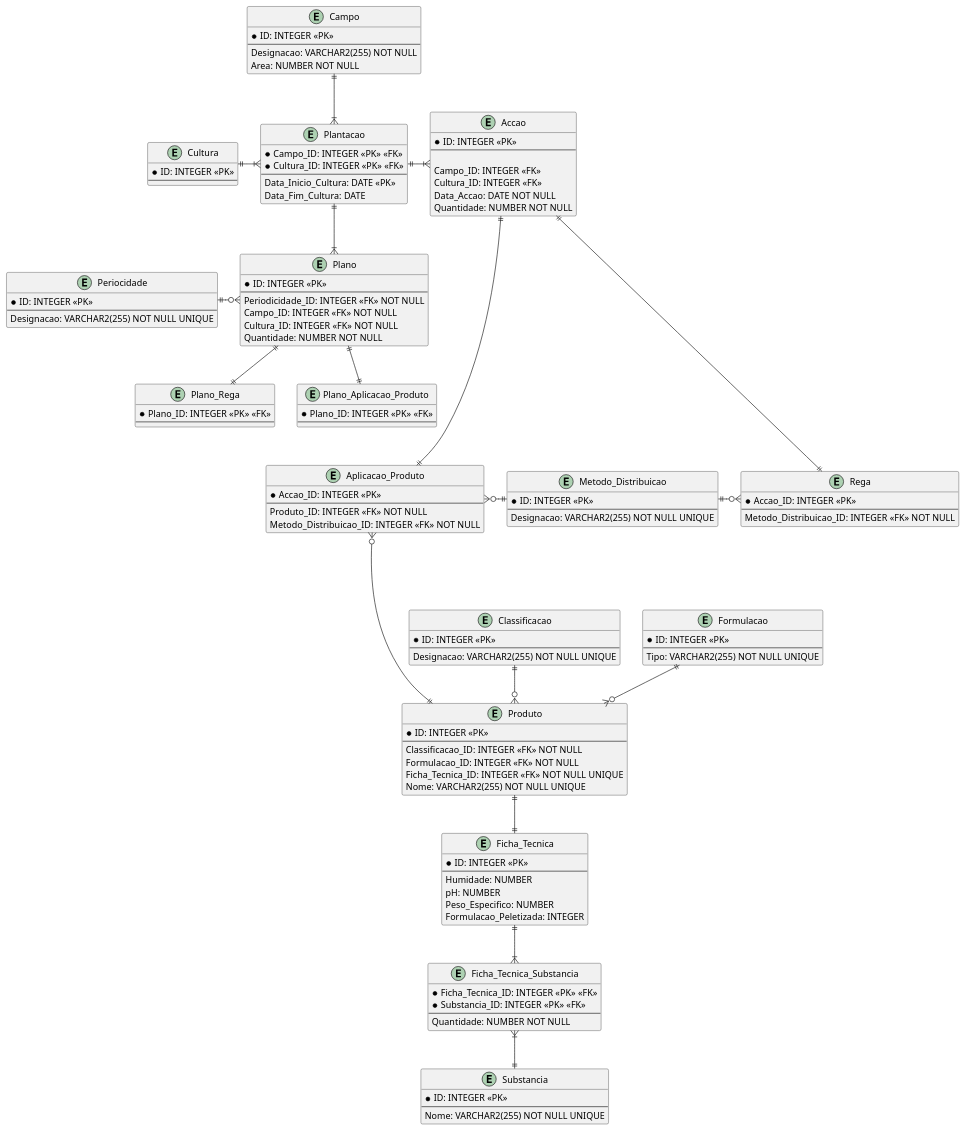
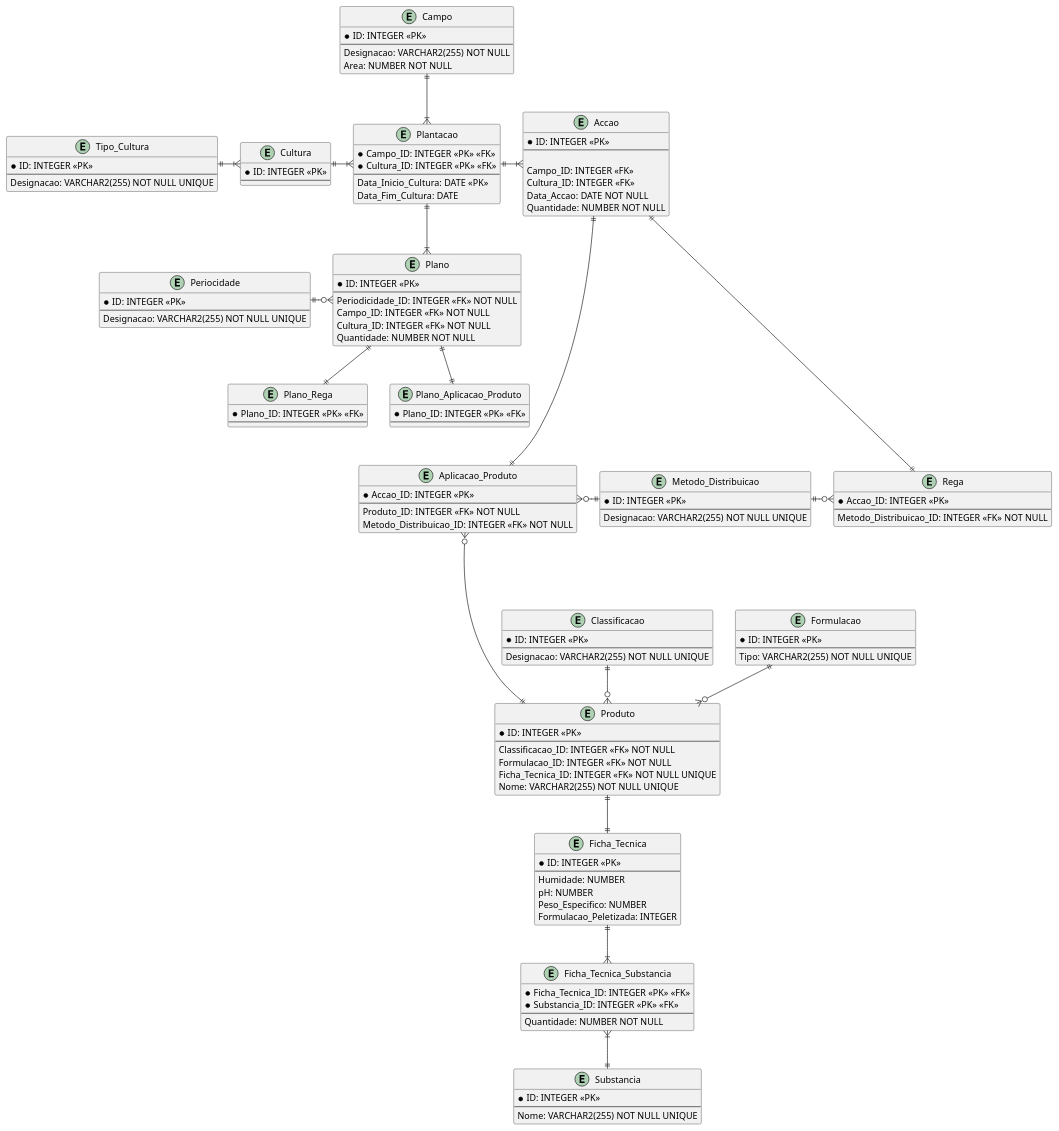
The diagram in BDDAD/Quinta-Manutenção.puml (Mendoncaa/LAPR3), drawn with PlantUML before and after one commit. The commit also changed 3 other files, not shown here.

```diff
--- a/BDDAD/Quinta-Manutenção.puml
+++ b/BDDAD/Quinta-Manutenção.puml
@@ -1,160 +1,167 @@
 @startuml Quinta-Manutenção
 
 /'TODO #1:- Verificar se a Designação de um Campo é única e se estas 
 devem seguir um conjunto de regras;'/
 /'TODO #2:- Determinar o valor minímo de uma qualquer Área;'/
 /'Constraints:- [[Area, CHECK(Area > Mínimo)]]'/
 entity Campo {
     * ID: INTEGER <<PK>>
     --
     Designacao: VARCHAR2(255) NOT NULL
     Area: NUMBER NOT NULL
 }
 
 /'Triggers:-
     #1: Verificar que uma Cultura não é simultaneamente uma Cultura_Temporaria
     e Cultura_Permanente;'/
 entity Cultura {
     * ID: INTEGER <<PK>>
     --
 }
 
 /'Constraints:- [[Campo_ID, Data_Inicio_Cultura, UNIQUE(Campo_ID, Data_Inicio_Cultura)], 
 [Data_Fim_Cultura, CHECK(Data_Fim_Cultura < Data_Inicio_Cultura)]]'/
 entity Plantacao {
     * Campo_ID: INTEGER <<PK>> <<FK>>
     * Cultura_ID: INTEGER <<PK>> <<FK>>
     --
     Data_Inicio_Cultura: DATE <<PK>>
     Data_Fim_Cultura: DATE
 }
 
 /'Constraints:- [[Quantidade, CHECK(Quantidade > 0)]]'/
 entity Accao {
     * ID: INTEGER <<PK>>
     --
 
     Campo_ID: INTEGER <<FK>>
     Cultura_ID: INTEGER <<FK>>
     Data_Accao: DATE NOT NULL
     Quantidade: NUMBER NOT NULL
 }
 
 entity Metodo_Distribuicao {
     * ID: INTEGER <<PK>>
     --
     Designacao: VARCHAR2(255) NOT NULL UNIQUE
 }
 
 entity Rega {
     * Accao_ID: INTEGER <<PK>>
     --
     Metodo_Distribuicao_ID: INTEGER <<FK>> NOT NULL
 }
 
 entity Aplicacao_Produto {
     * Accao_ID: INTEGER <<PK>>
     --
     Produto_ID: INTEGER <<FK>> NOT NULL
     Metodo_Distribuicao_ID: INTEGER <<FK>> NOT NULL
 }
 
 entity Produto {
     * ID: INTEGER <<PK>>
     --
     Classificacao_ID: INTEGER <<FK>> NOT NULL
     Formulacao_ID: INTEGER <<FK>> NOT NULL
     Ficha_Tecnica_ID: INTEGER <<FK>> NOT NULL UNIQUE
     Nome: VARCHAR2(255) NOT NULL UNIQUE
 }
 
 entity Classificacao {
     * ID: INTEGER <<PK>>
     --
     Designacao: VARCHAR2(255) NOT NULL UNIQUE
 }
 
 entity Formulacao {
     * ID: INTEGER <<PK>>
     --
     Tipo: VARCHAR2(255) NOT NULL UNIQUE
 }
 
 entity Ficha_Tecnica {
     * ID: INTEGER <<PK>>
     --
     Humidade: NUMBER
     pH: NUMBER
     Peso_Especifico: NUMBER
     Formulacao_Peletizada: INTEGER
 }
 
 entity Ficha_Tecnica_Substancia {
     * Ficha_Tecnica_ID: INTEGER <<PK>> <<FK>>
     * Substancia_ID: INTEGER <<PK>> <<FK>>
     --
     Quantidade: NUMBER NOT NULL
 }
 
 entity Substancia {
     * ID: INTEGER <<PK>>
     --
     Nome: VARCHAR2(255) NOT NULL UNIQUE
 }
 
+entity Tipo_Cultura {
+    * ID: INTEGER <<PK>>
+    --
+    Designacao: VARCHAR2(255) NOT NULL UNIQUE
+}
+
 entity Plano {
     * ID: INTEGER <<PK>>
     --
     Periodicidade_ID: INTEGER <<FK>> NOT NULL
     Campo_ID: INTEGER <<FK>> NOT NULL
     Cultura_ID: INTEGER <<FK>> NOT NULL
     Quantidade: NUMBER NOT NULL
 }
 
 entity Periocidade {
     * ID: INTEGER <<PK>>
     --
     Designacao: VARCHAR2(255) NOT NULL UNIQUE
 }
 
 entity Plano_Rega {
     * Plano_ID: INTEGER <<PK>> <<FK>>
     --
 }
 
 entity Plano_Aplicacao_Produto {
     * Plano_ID: INTEGER <<PK>> <<FK>>
     --
 }
 
 Campo ||-d-|{ Plantacao
 
 Cultura ||-r-|{ Plantacao
+Cultura }|-l-|| Tipo_Cultura 
 
 Plantacao ||-r-|{ Accao
 Plantacao ||-d-|{ Plano
 
 Accao ||--d--|| Rega
 Accao ||--d--|| Aplicacao_Produto
 
 Metodo_Distribuicao ||-r-o{ Rega
 Metodo_Distribuicao ||-l-o{ Aplicacao_Produto
 
 Classificacao ||-d-o{ Produto
 
 Formulacao ||-d-o{ Produto
 
 Produto ||-d-|| Ficha_Tecnica
 Produto ||--u--o{ Aplicacao_Produto
 
 Ficha_Tecnica ||-d-|{ Ficha_Tecnica_Substancia
 
 Substancia ||-u-|{ Ficha_Tecnica_Substancia
 
 Periocidade ||-r-o{ Plano
 
 Plano_Rega ||-u-|| Plano
 
 Plano_Aplicacao_Produto ||-u-|| Plano
 
 @enduml
```
